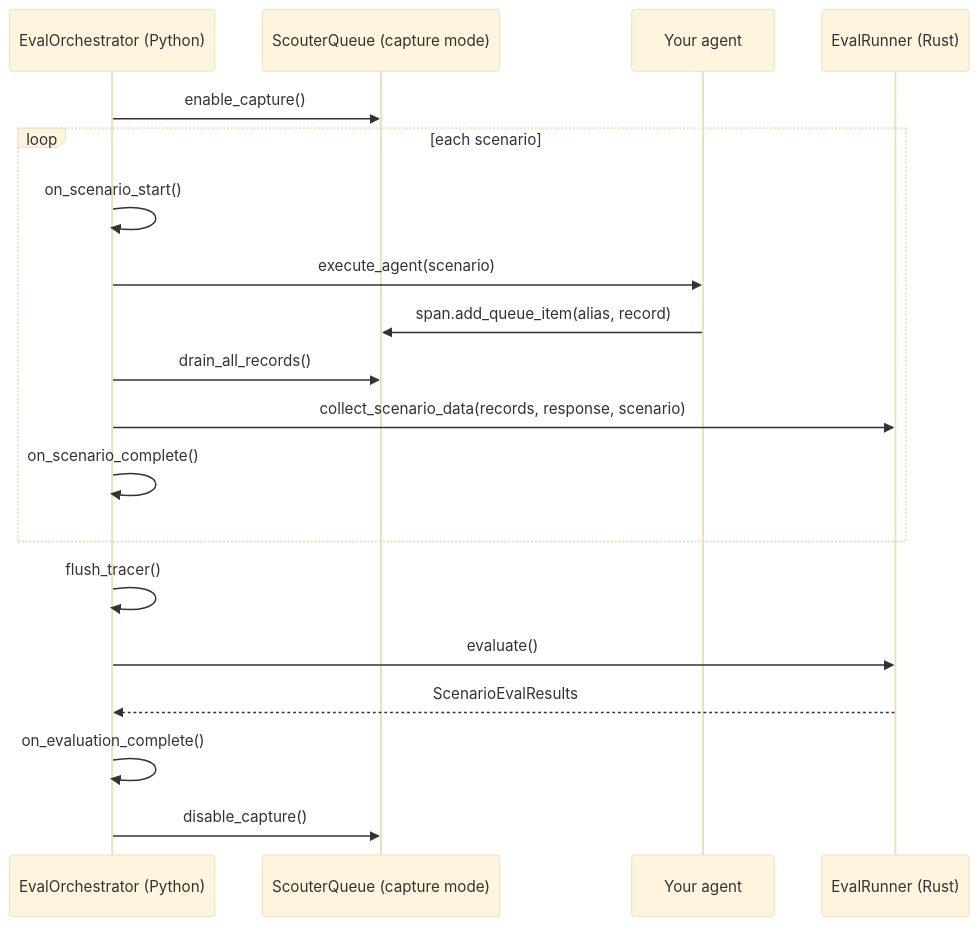
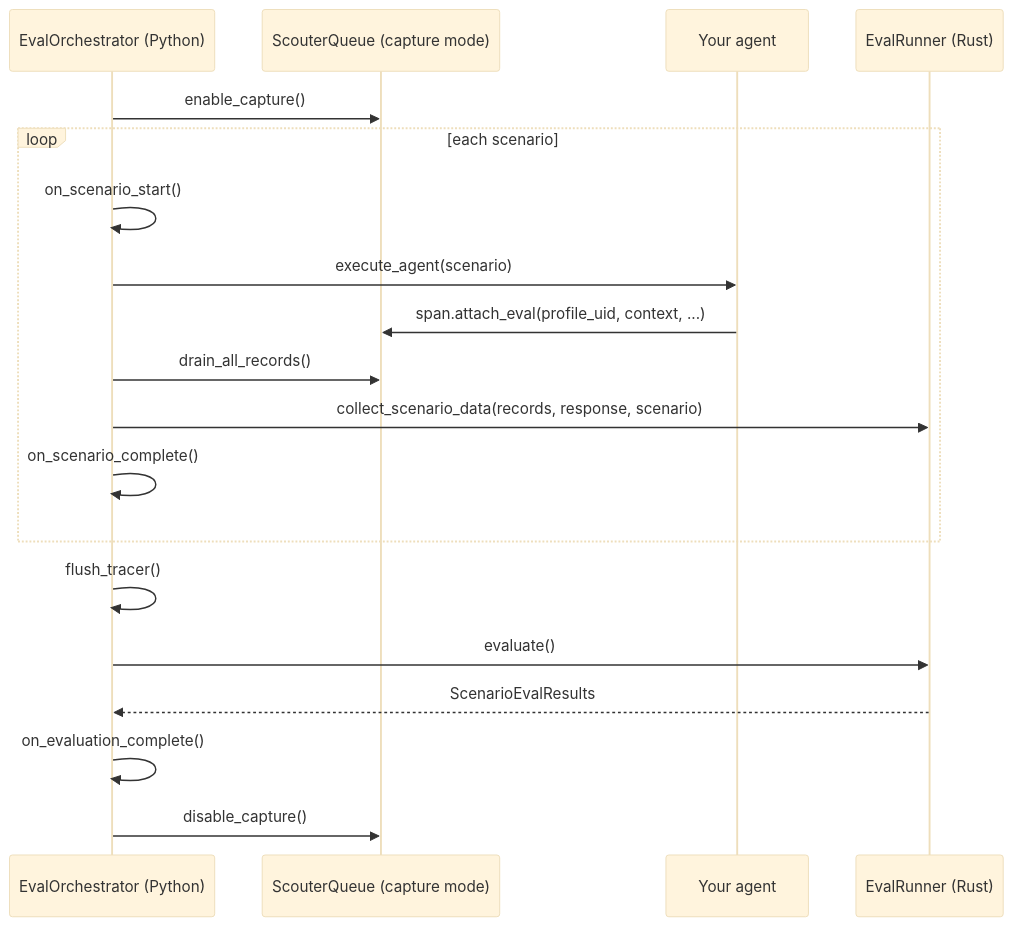
One commit to demml/scouter changed the first of 3 diagrams in docs/src/content/docs/evaluation-platform/offline-evaluation.mdx. Above: the diagram before and after it, drawn with Mermaid (base theme). The commit also changed other lines of this file and 11 other files, not shown here.

````diff
--- a/docs/src/content/docs/evaluation-platform/offline-evaluation.mdx
+++ b/docs/src/content/docs/evaluation-platform/offline-evaluation.mdx
@@ -25,22 +25,22 @@
 ```mermaid
 sequenceDiagram
     participant O as EvalOrchestrator (Python)
     participant Q as ScouterQueue (capture mode)
     participant A as Your agent
     participant R as EvalRunner (Rust)
 
     O->>Q: enable_capture()
     loop each scenario
         O->>O: on_scenario_start()
         O->>A: execute_agent(scenario)
-        A->>Q: span.add_queue_item(alias, record)
+        A->>Q: span.attach_eval(profile_uid, context, ...)
         O->>Q: drain_all_records()
         O->>R: collect_scenario_data(records, response, scenario)
         O->>O: on_scenario_complete()
     end
     O->>O: flush_tracer()
     O->>R: evaluate()
     R-->>O: ScenarioEvalResults
     O->>O: on_evaluation_complete()
     O->>Q: disable_capture()
 ```
````
